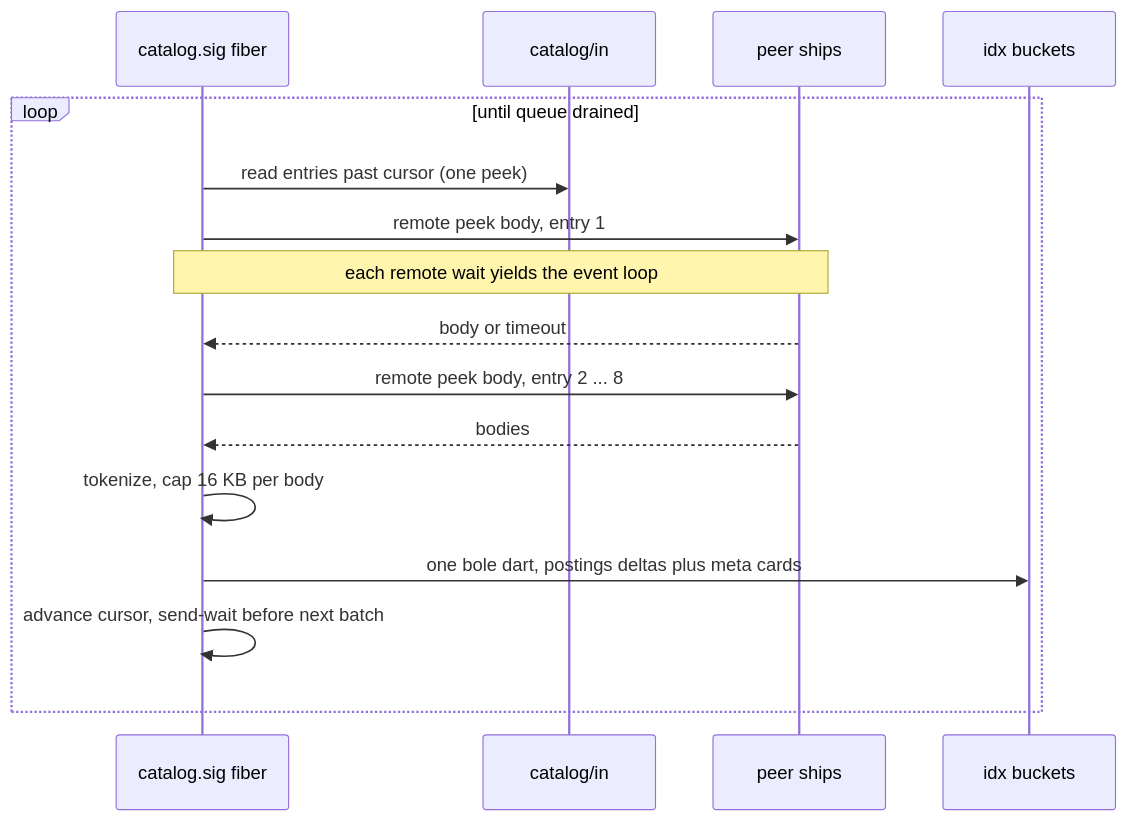
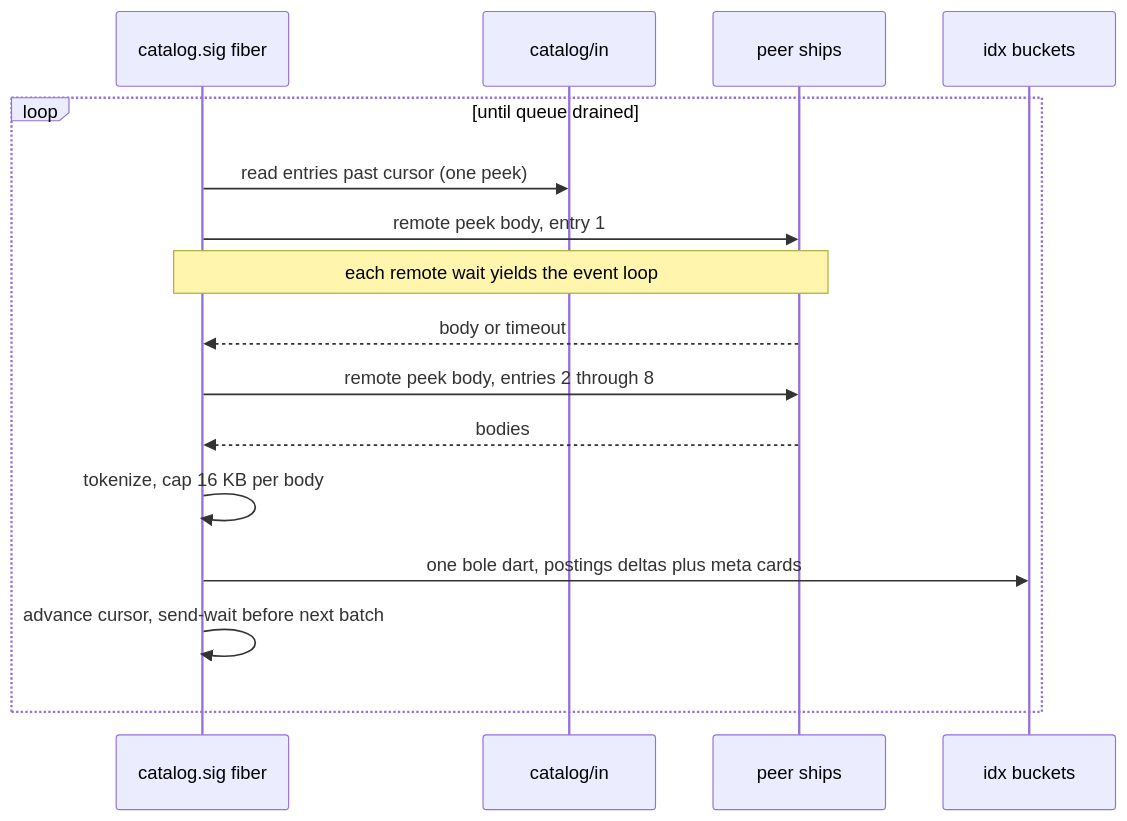
The third of 3 diagrams in docs/catalog-v2.md (nisfeb/lattice), drawn with Mermaid before and after one commit. The commit also changed other lines of this file and 1 other file, not shown here.

````diff
--- a/docs/catalog-v2.md
+++ b/docs/catalog-v2.md
@@ -215,18 +228,18 @@
 ```mermaid
 sequenceDiagram
     participant D as catalog.sig fiber
     participant Q as catalog/in
     participant P as peer ships
     participant B as idx buckets
     loop until queue drained
         D->>Q: read entries past cursor (one peek)
         D->>P: remote peek body, entry 1
         Note over D,P: each remote wait yields the event loop
         P-->>D: body or timeout
-        D->>P: remote peek body, entry 2 ... 8
+        D->>P: remote peek body, entries 2 through 8
         P-->>D: bodies
         D->>D: tokenize, cap 16 KB per body
         D->>B: one bole dart, postings deltas plus meta cards
         D->>D: advance cursor, send-wait before next batch
     end
 ```
````
